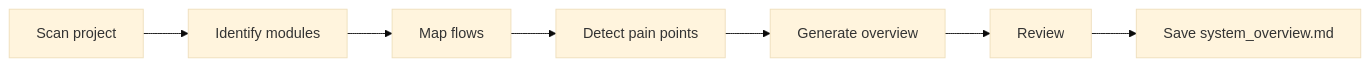
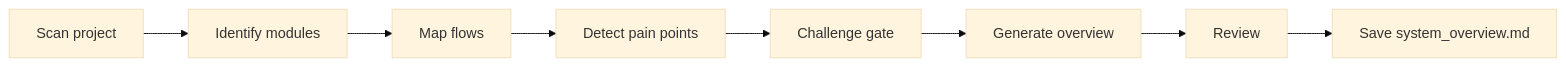
One commit to ai-driven-dev/framework changed the diagram in skills/pm-system-overview/SKILL.md. Above: the diagram before and after it, drawn with Mermaid (base theme). The commit also changed other lines of this file and 22 other files, not shown here.

````diff
--- a/skills/pm-system-overview/SKILL.md
+++ b/skills/pm-system-overview/SKILL.md
@@ -31,4 +32,4 @@
 ```mermaid
 flowchart LR
-    A[Scan project] --> B[Identify modules] --> C[Map flows] --> D[Detect pain points] --> E[Generate overview] --> F[Review] --> G[Save system_overview.md]
+    A[Scan project] --> B[Identify modules] --> C[Map flows] --> D[Detect pain points] --> E[Challenge gate] --> F[Generate overview] --> G[Review] --> H[Save system_overview.md]
 ```
````
